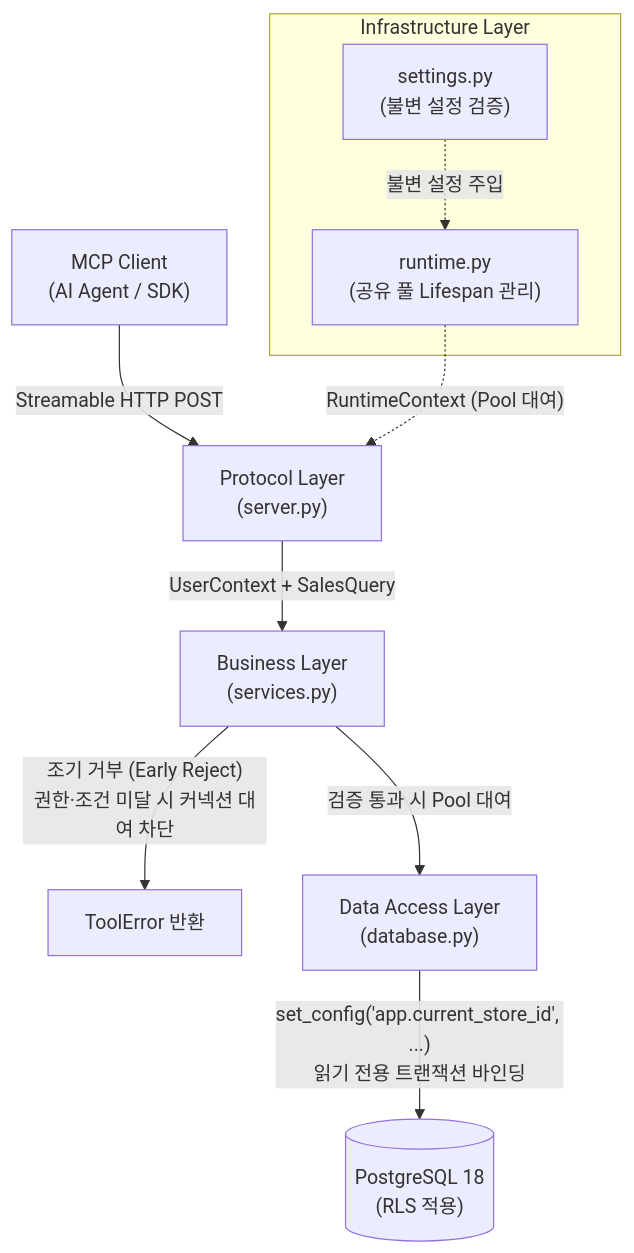
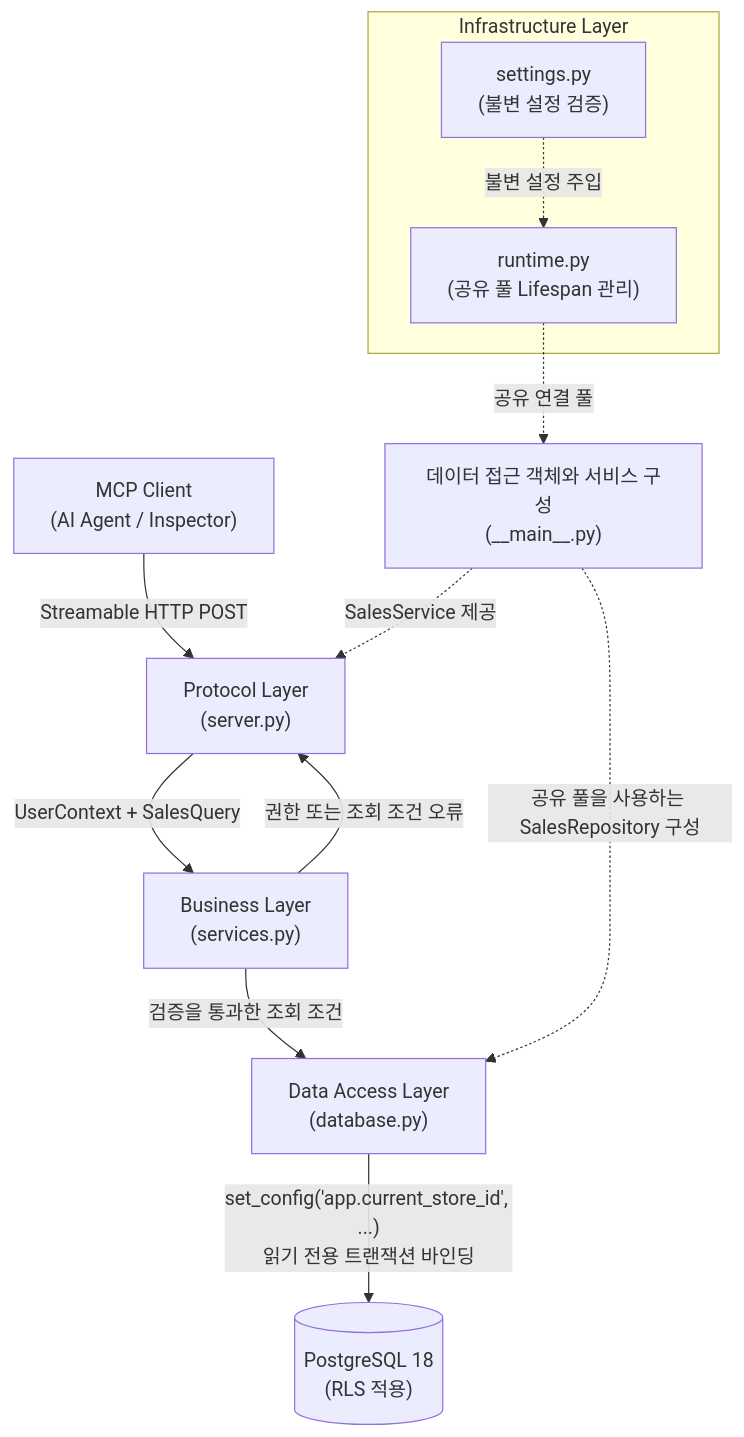
Before and after one commit to chahoseong/zava-retail-mcp: the diagram in zava_mcp_server/README.md, drawn with Mermaid. The commit also changed other lines of this file, not shown here.

````diff
--- a/zava_mcp_server/README.md
+++ b/zava_mcp_server/README.md
@@ -22,16 +21,18 @@
 ```mermaid
 flowchart TD
-    Client["MCP Client<br/>(AI Agent / SDK)"] -->|"Streamable HTTP POST"| Protocol["Protocol Layer<br/>(server.py)"]
+    Client["MCP Client<br/>(AI Agent / Inspector)"] -->|"Streamable HTTP POST"| Protocol["Protocol Layer<br/>(server.py)"]
     Protocol -->|"UserContext + SalesQuery"| Business["Business Layer<br/>(services.py)"]
-    Business -->|"조기 거부 (Early Reject)<br/>권한·조건 미달 시 커넥션 대여 차단"| ErrorReturn["ToolError 반환"]
-    Business -->|"검증 통과 시 Pool 대여"| DataAccess["Data Access Layer<br/>(database.py)"]
+    Business -->|"권한 또는 조회 조건 오류"| Protocol
+    Business -->|"검증을 통과한 조회 조건"| DataAccess["Data Access Layer<br/>(database.py)"]
     DataAccess -->|"set_config('app.current_store_id', ...)<br/>읽기 전용 트랜잭션 바인딩"| Database[("PostgreSQL 18<br/>(RLS 적용)")]
 
     subgraph Infrastructure ["Infrastructure Layer"]
         Settings["settings.py<br/>(불변 설정 검증)"]
         Runtime["runtime.py<br/>(공유 풀 Lifespan 관리)"]
     end
 
     Settings -.->|"불변 설정 주입"| Runtime
-    Runtime -.->|"RuntimeContext (Pool 대여)"| Protocol
+    Runtime -.->|"공유 연결 풀"| Setup["데이터 접근 객체와 서비스 구성<br/>(__main__.py)"]
+    Setup -.->|"공유 풀을 사용하는 SalesRepository 구성"| DataAccess
+    Setup -.->|"SalesService 제공"| Protocol
 ```
````
